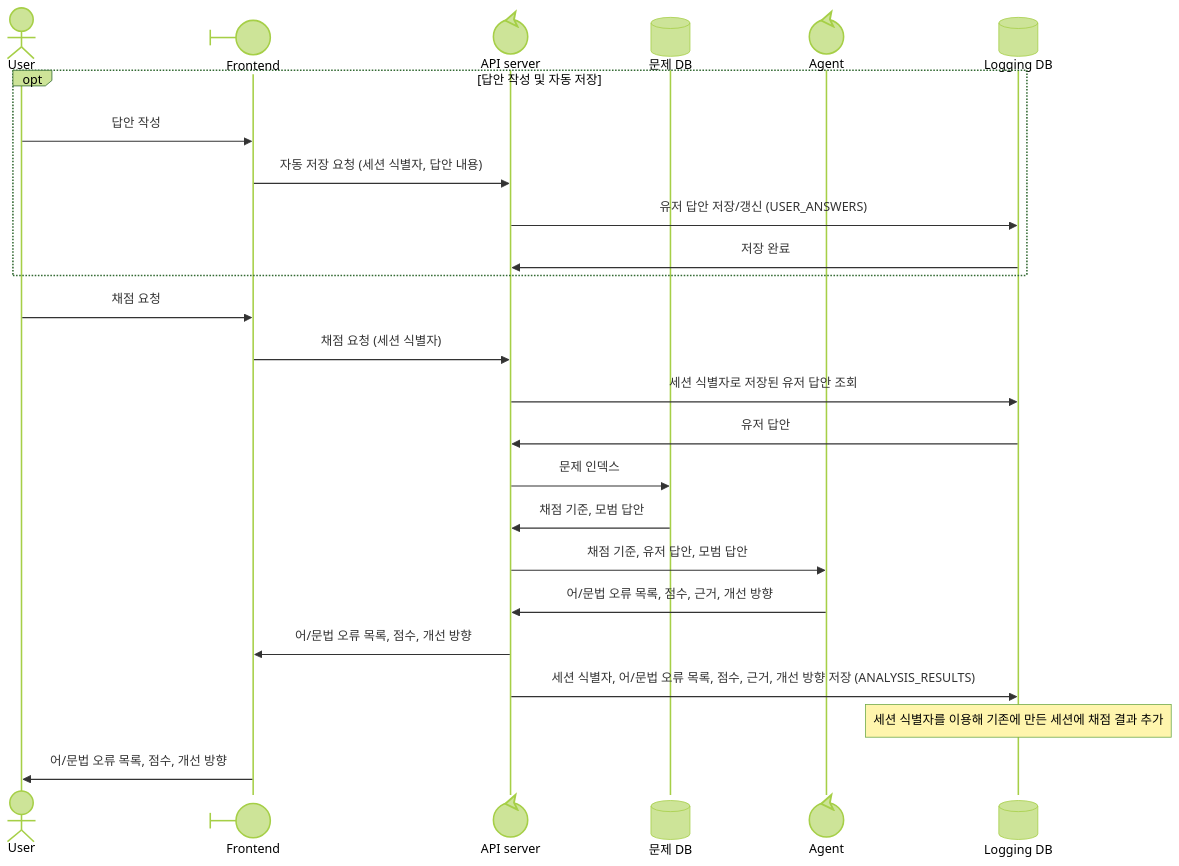
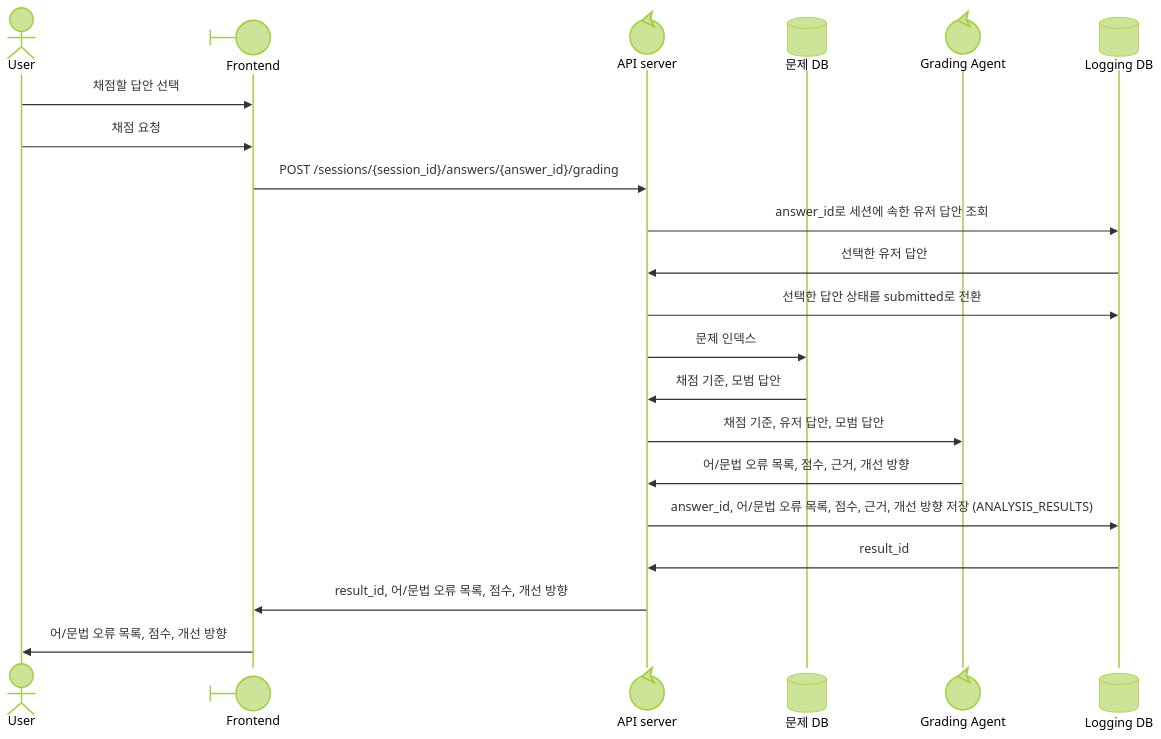
The fourth of 6 diagrams in 설계문서/시퀀스 다이어그램.md (bookyoulove/paragraphy), drawn with Mermaid (forest theme) before and after one commit. The commit also changed other lines of this file and 44 other files, not shown here.

````diff
--- a/설계문서/시퀀스 다이어그램.md
+++ b/설계문서/시퀀스 다이어그램.md
@@ -62,27 +87,23 @@
 ```mermaid
 sequenceDiagram
     actor User
     participant Frontend@{ "type" : "boundary" }
     participant API@{ "type" : "control" , alias: "API server"}
     participant problem@{ "type" : "database" , alias: "문제 DB"}
-    participant Agent@{ "type" : "control" }
+    participant Agent@{ "type" : "control" , alias: "Grading Agent"}
     participant log@{ "type" : "database" , alias: "Logging DB"}
-    opt 답안 작성 및 자동 저장
-    User->>Frontend: 답안 작성
-    Frontend->>API: 자동 저장 요청 (세션 식별자, 답안 내용)
-    API->>log: 유저 답안 저장/갱신 (USER_ANSWERS)
-    log->>API: 저장 완료
-    end
+    User->>Frontend: 채점할 답안 선택
     User->>Frontend: 채점 요청
-    Frontend->>API: 채점 요청 (세션 식별자)
-    API->>log: 세션 식별자로 저장된 유저 답안 조회
-    log->>API: 유저 답안
+    Frontend->>API: POST /sessions/{session_id}/answers/{answer_id}/grading
+    API->>log: answer_id로 세션에 속한 유저 답안 조회
+    log->>API: 선택한 유저 답안
+    API->>log: 선택한 답안 상태를 submitted로 전환
     API->>problem: 문제 인덱스
     problem->>API: 채점 기준, 모범 답안
     API->>Agent: 채점 기준, 유저 답안, 모범 답안
     Agent->>API: 어/문법 오류 목록, 점수, 근거, 개선 방향
-    API->>Frontend: 어/문법 오류 목록, 점수, 개선 방향
-    API->>log: 세션 식별자, 어/문법 오류 목록, 점수, 근거, 개선 방향 저장 (ANALYSIS_RESULTS)
-    Note over log: 세션 식별자를 이용해 기존에 만든 세션에 채점 결과 추가
+    API->>log: answer_id, 어/문법 오류 목록, 점수, 근거, 개선 방향 저장 (ANALYSIS_RESULTS)
+    log->>API: result_id
+    API->>Frontend: result_id, 어/문법 오류 목록, 점수, 개선 방향
     Frontend->>User: 어/문법 오류 목록, 점수, 개선 방향
 ```
````
